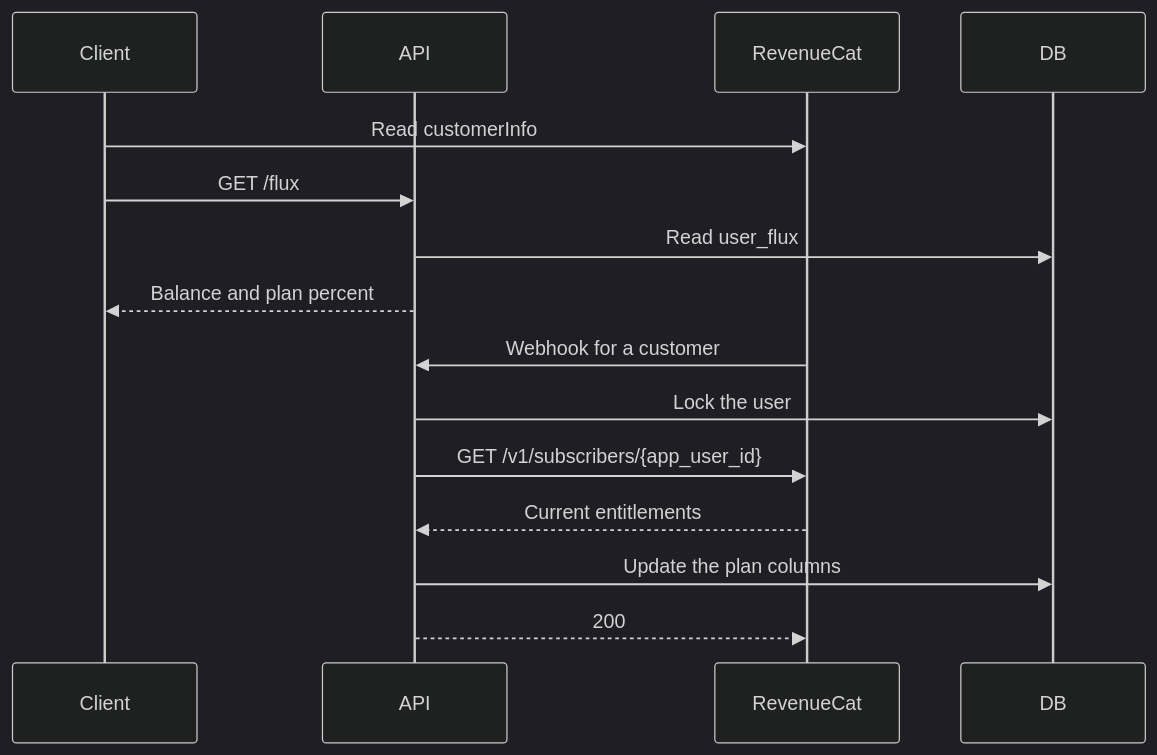
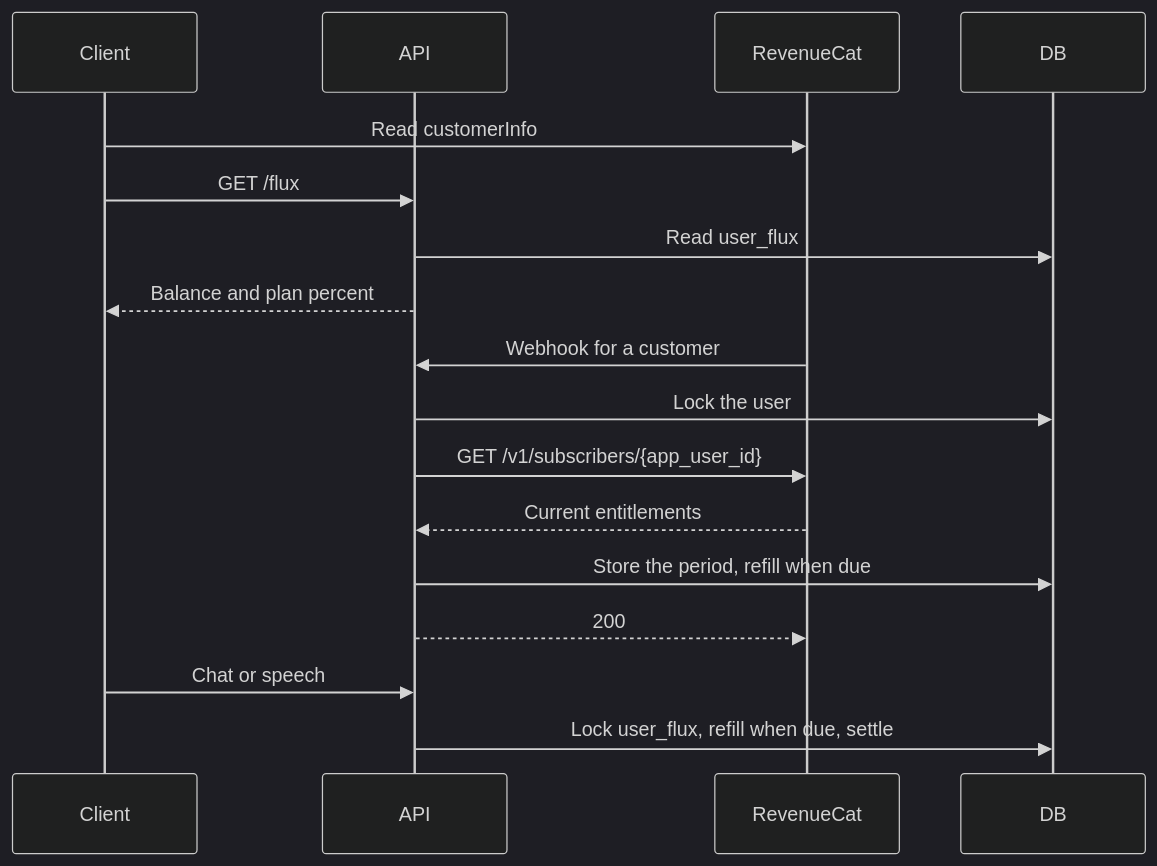
Before and after one commit to moeru-ai/airi: the second of 2 diagrams in server/docs/ai/adr/2026-10-04-subscription-credits.md, drawn with Mermaid (dark theme). The commit also changed other lines of this file and 32 other files, not shown here.

First line of the commit message:
refactor(api,stage-ui): refill plan Flux by one rule

````diff
--- a/server/docs/ai/adr/2026-10-04-subscription-credits.md
+++ b/server/docs/ai/adr/2026-10-04-subscription-credits.md
@@ -119,17 +156,19 @@
 ```mermaid
 sequenceDiagram
   participant Client
   participant API
   participant RC as RevenueCat
   participant DB
   Client->>RC: Read customerInfo
   Client->>API: GET /flux
   API->>DB: Read user_flux
   API-->>Client: Balance and plan percent
   RC->>API: Webhook for a customer
   API->>DB: Lock the user
   API->>RC: GET /v1/subscribers/{app_user_id}
   RC-->>API: Current entitlements
-  API->>DB: Update the plan columns
+  API->>DB: Store the period, refill when due
   API-->>RC: 200
+  Client->>API: Chat or speech
+  API->>DB: Lock user_flux, refill when due, settle
 ```
````
